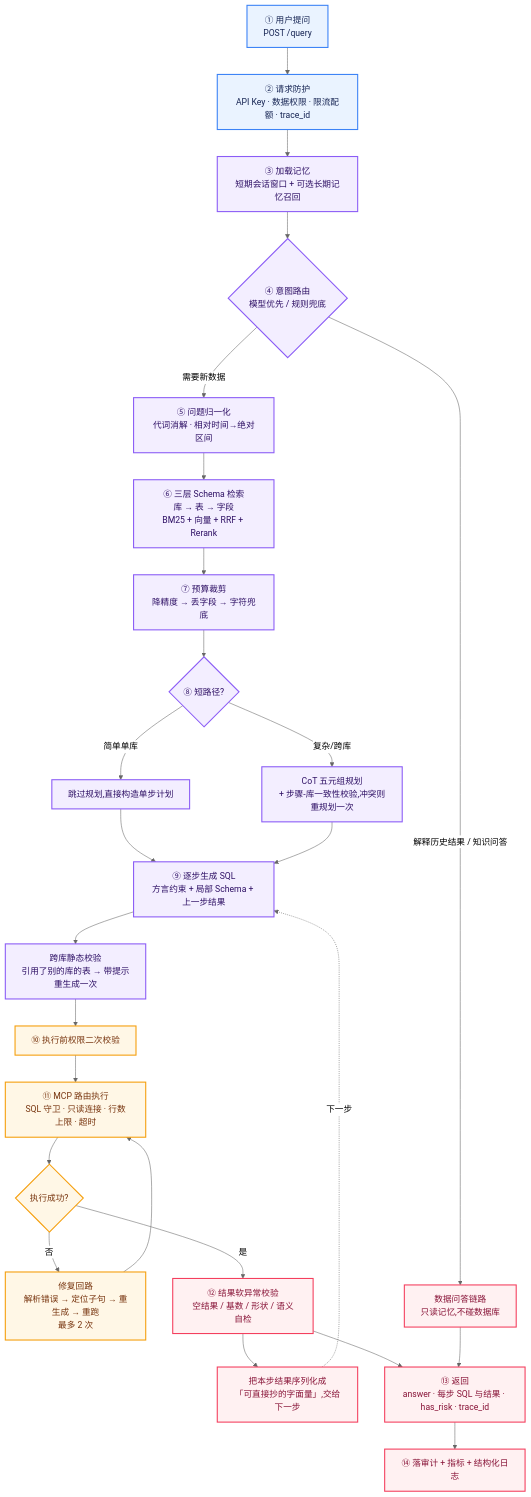
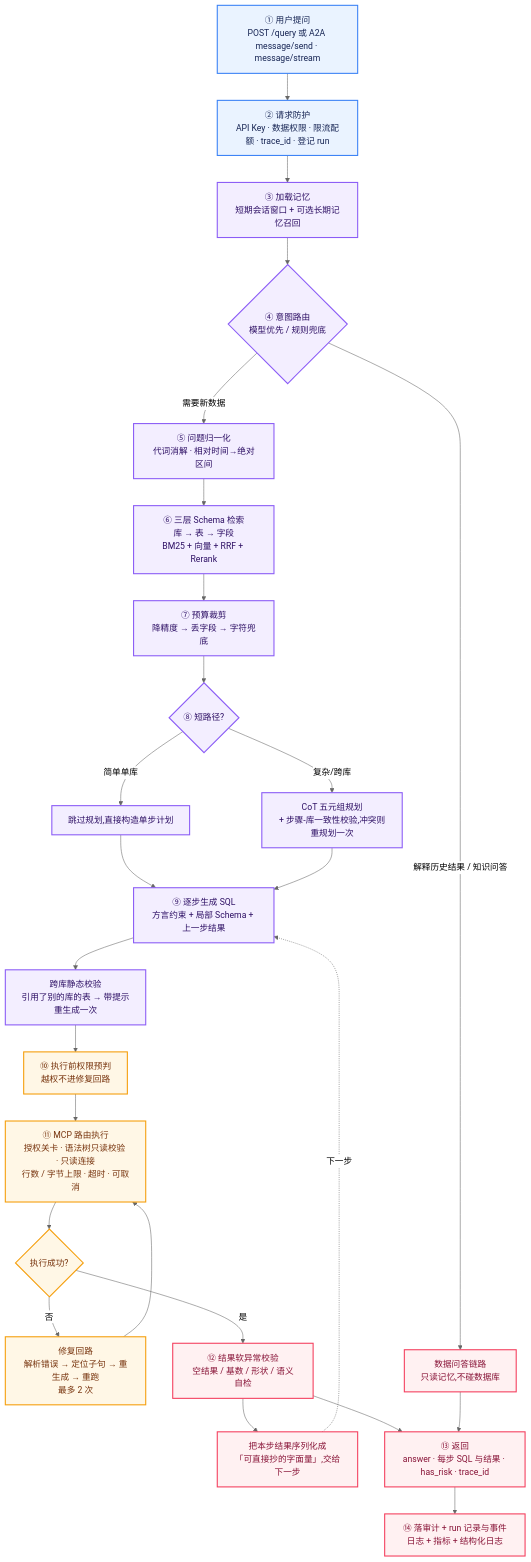
Before and after one commit to heyemlee/ai-sql-agent: the first of 6 diagrams in docs/walkthrough.zh-CN.md, drawn with Mermaid (neutral theme). The commit also changed other lines of this file, not shown here.

````diff
--- a/docs/walkthrough.zh-CN.md
+++ b/docs/walkthrough.zh-CN.md
@@ -184,39 +209,39 @@
 ```mermaid
 flowchart TD
-    A["① 用户提问<br/>POST /query"] --> B["② 请求防护<br/>API Key · 数据权限 · 限流配额 · trace_id"]
+    A["① 用户提问<br/>POST /query 或 A2A message/send · message/stream"] --> B["② 请求防护<br/>API Key · 数据权限 · 限流配额 · trace_id · 登记 run"]
     B --> C["③ 加载记忆<br/>短期会话窗口 + 可选长期记忆召回"]
     C --> D{"④ 意图路由<br/>模型优先 / 规则兜底"}
 
     D -->|需要新数据| E["⑤ 问题归一化<br/>代词消解 · 相对时间→绝对区间"]
     E --> F["⑥ 三层 Schema 检索<br/>库 → 表 → 字段<br/>BM25 + 向量 + RRF + Rerank"]
     F --> F2["⑦ 预算裁剪<br/>降精度 → 丢字段 → 字符兜底"]
     F2 --> G{"⑧ 短路径?"}
     G -->|简单单库| H1["跳过规划,直接构造单步计划"]
     G -->|复杂/跨库| H2["CoT 五元组规划<br/>+ 步骤-库一致性校验,冲突则重规划一次"]
     H1 --> I["⑨ 逐步生成 SQL<br/>方言约束 + 局部 Schema + 上一步结果"]
     H2 --> I
     I --> I2["跨库静态校验<br/>引用了别的库的表 → 带提示重生成一次"]
-    I2 --> J["⑩ 执行前权限二次校验"]
-    J --> K["⑪ MCP 路由执行<br/>SQL 守卫 · 只读连接 · 行数上限 · 超时"]
+    I2 --> J["⑩ 执行前权限预判<br/>越权不进修复回路"]
+    J --> K["⑪ MCP 路由执行<br/>授权关卡 · 语法树只读校验 · 只读连接<br/>行数 / 字节上限 · 超时 · 可取消"]
     K --> L{"执行成功?"}
     L -->|否| M["修复回路<br/>解析错误 → 定位子句 → 重生成 → 重跑<br/>最多 2 次"]
     M --> K
     L -->|是| N["⑫ 结果软异常校验<br/>空结果 / 基数 / 形状 / 语义自检"]
     N --> O["把本步结果序列化成<br/>「可直接抄的字面量」,交给下一步"]
     O -.下一步.-> I
 
     D -->|解释历史结果 / 知识问答| P["数据问答链路<br/>只读记忆,不碰数据库"]
 
     N --> Q["⑬ 返回<br/>answer · 每步 SQL 与结果 · has_risk · trace_id"]
     P --> Q
-    Q --> R["⑭ 落审计 + 指标 + 结构化日志"]
+    Q --> R["⑭ 落审计 + run 记录与事件日志 + 指标 + 结构化日志"]
 
     classDef entry fill:#EAF3FF,stroke:#3B82F6,stroke-width:2px,color:#172554;
     classDef core fill:#F3EEFF,stroke:#8B5CF6,stroke-width:2px,color:#2E1065;
     classDef safe fill:#FFF7E6,stroke:#F59E0B,stroke-width:2px,color:#78350F;
     classDef result fill:#FFF1F2,stroke:#F43F5E,stroke-width:2px,color:#881337;
     class A,B entry;
     class C,D,E,F,F2,G,H1,H2,I,I2 core;
     class J,K,L,M safe;
     class N,O,P,Q,R result;
 ```
````
